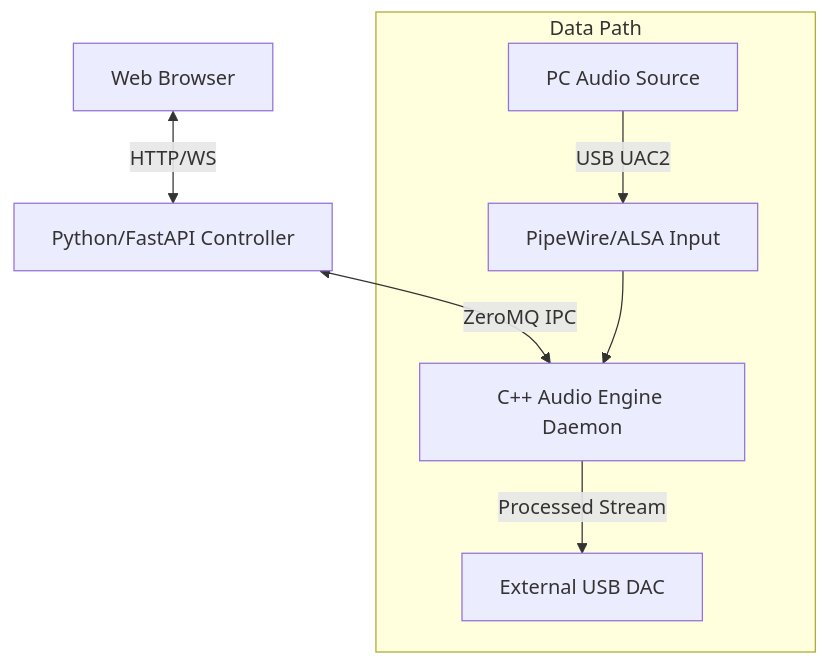
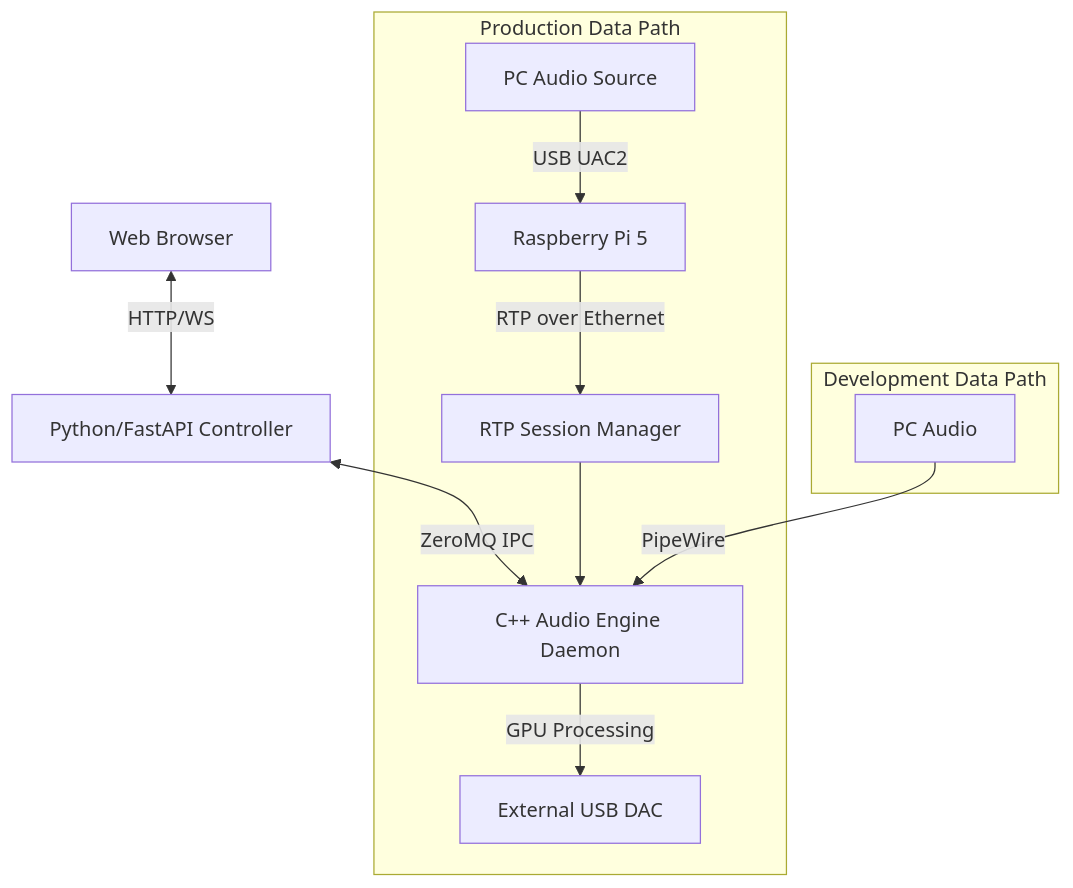
One commit to michihitoTakami/totton_audio_project changed the diagram in CLAUDE.md. Above: the diagram before and after it, drawn with Mermaid. The commit also changed other lines of this file and 4 other files, not shown here.

````diff
--- a/CLAUDE.md
+++ b/CLAUDE.md
@@ -46,11 +46,16 @@
 ```mermaid
 graph TD
     WebUI[Web Browser] <-->|HTTP/WS| Controller[Python/FastAPI Controller]
     Controller <-->|ZeroMQ IPC| Engine[C++ Audio Engine Daemon]
 
-    subgraph Data Path
-        PC[PC Audio Source] -->|USB UAC2| PipeWire[PipeWire/ALSA Input]
-        PipeWire --> Engine
-        Engine -->|Processed Stream| DAC[External USB DAC]
+    subgraph Production Data Path
+        PC[PC Audio Source] -->|USB UAC2| RasPi[Raspberry Pi 5]
+        RasPi -->|RTP over Ethernet| RTPReceiver[RTP Session Manager]
+        RTPReceiver --> Engine
+        Engine -->|GPU Processing| DAC[External USB DAC]
+    end
+
+    subgraph Development Data Path
+        DevPC[PC Audio] -->|PipeWire| Engine
     end
 ```
````
